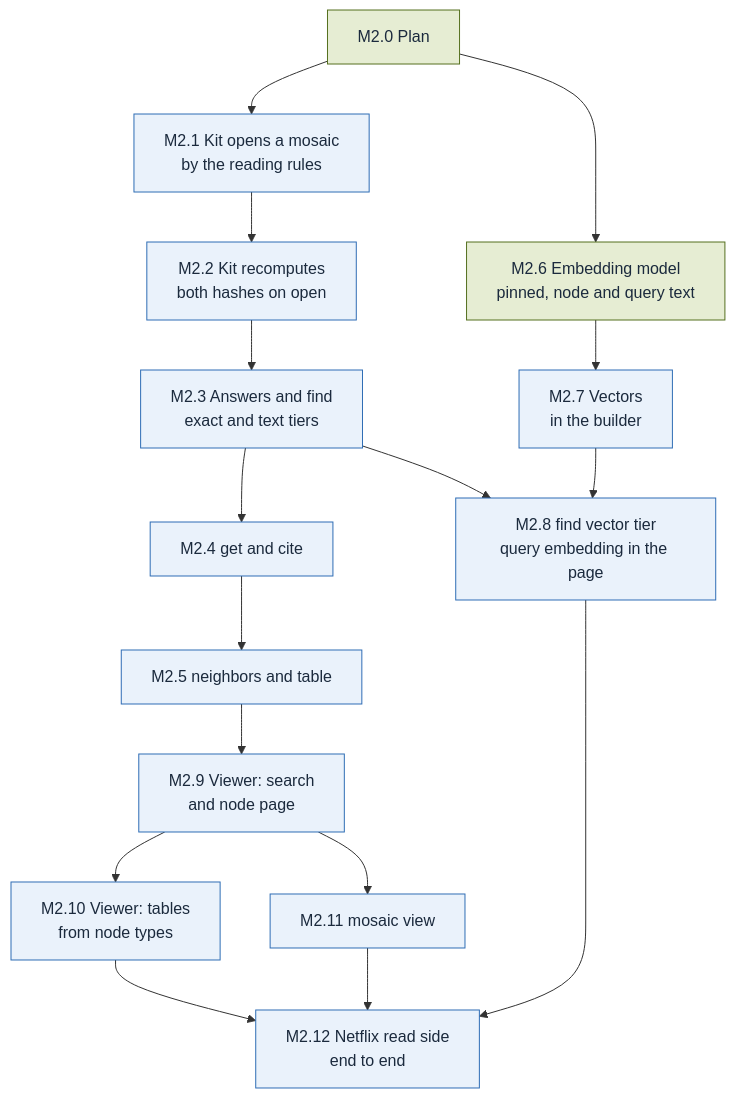
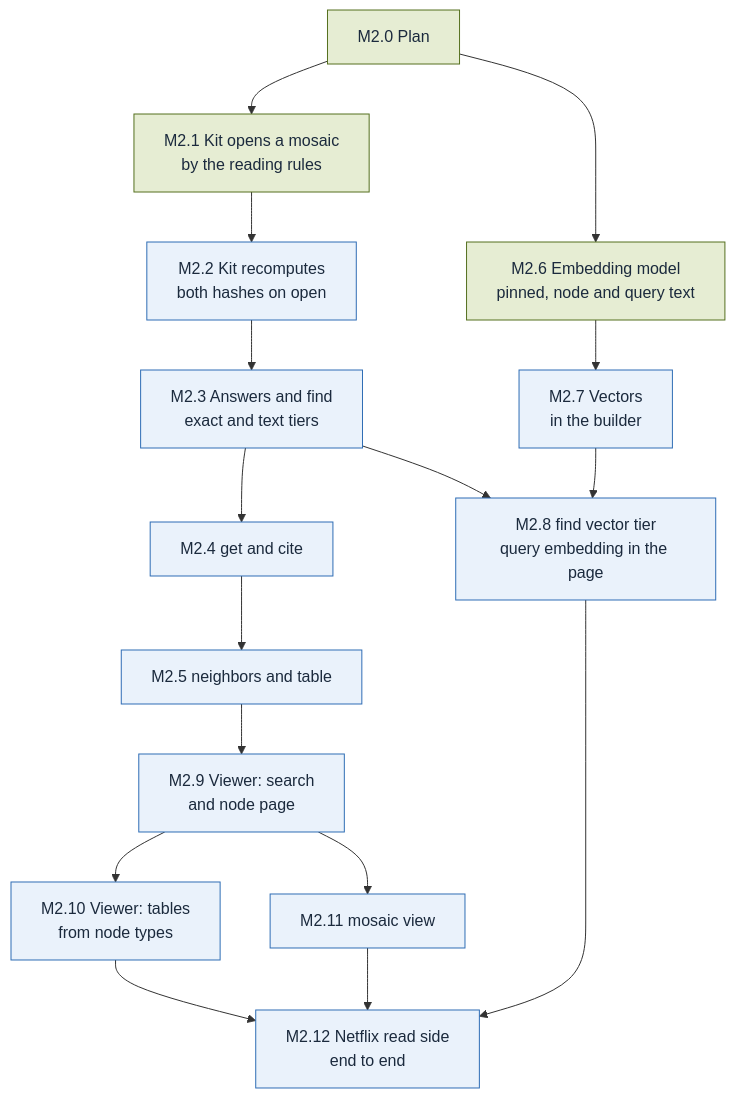
The diagram in plan/M2.md (alcjor/Mosaic), drawn with Mermaid before and after one commit. The commit also changed other lines of this file and 37 other files, not shown here.

````diff
--- a/plan/M2.md
+++ b/plan/M2.md
@@ -3,36 +3,36 @@
 ```mermaid
 flowchart TD
   M2_0["M2.0 Plan"]
   M2_1["M2.1 Kit opens a mosaic<br/>by the reading rules"]
   M2_2["M2.2 Kit recomputes<br/>both hashes on open"]
   M2_3["M2.3 Answers and find<br/>exact and text tiers"]
   M2_4["M2.4 get and cite"]
   M2_5["M2.5 neighbors and table"]
   M2_6["M2.6 Embedding model<br/>pinned, node and query text"]
   M2_7["M2.7 Vectors<br/>in the builder"]
   M2_8["M2.8 find vector tier<br/>query embedding in the page"]
   M2_9["M2.9 Viewer: search<br/>and node page"]
   M2_10["M2.10 Viewer: tables<br/>from node types"]
   M2_11["M2.11 mosaic view"]
   M2_12["M2.12 Netflix read side<br/>end to end"]
   M2_0 --> M2_1
   M2_1 --> M2_2
   M2_2 --> M2_3
   M2_3 --> M2_4
   M2_4 --> M2_5
   M2_0 --> M2_6
   M2_6 --> M2_7
   M2_3 --> M2_8
   M2_7 --> M2_8
   M2_5 --> M2_9
   M2_9 --> M2_10
   M2_9 --> M2_11
   M2_8 --> M2_12
   M2_10 --> M2_12
   M2_11 --> M2_12
   classDef done fill:#E6EDD3,stroke:#55701F,color:#1B2A3D
   classDef todo fill:#EAF2FB,stroke:#2F6DB5,color:#1B2A3D
   classDef parked fill:#FCEFCF,stroke:#F2B630,color:#1B2A3D
-  class M2_0,M2_6 done
-  class M2_1,M2_2,M2_3,M2_4,M2_5,M2_7,M2_8,M2_9,M2_10,M2_11,M2_12 todo
+  class M2_0,M2_1,M2_6 done
+  class M2_2,M2_3,M2_4,M2_5,M2_7,M2_8,M2_9,M2_10,M2_11,M2_12 todo
 ```
````
